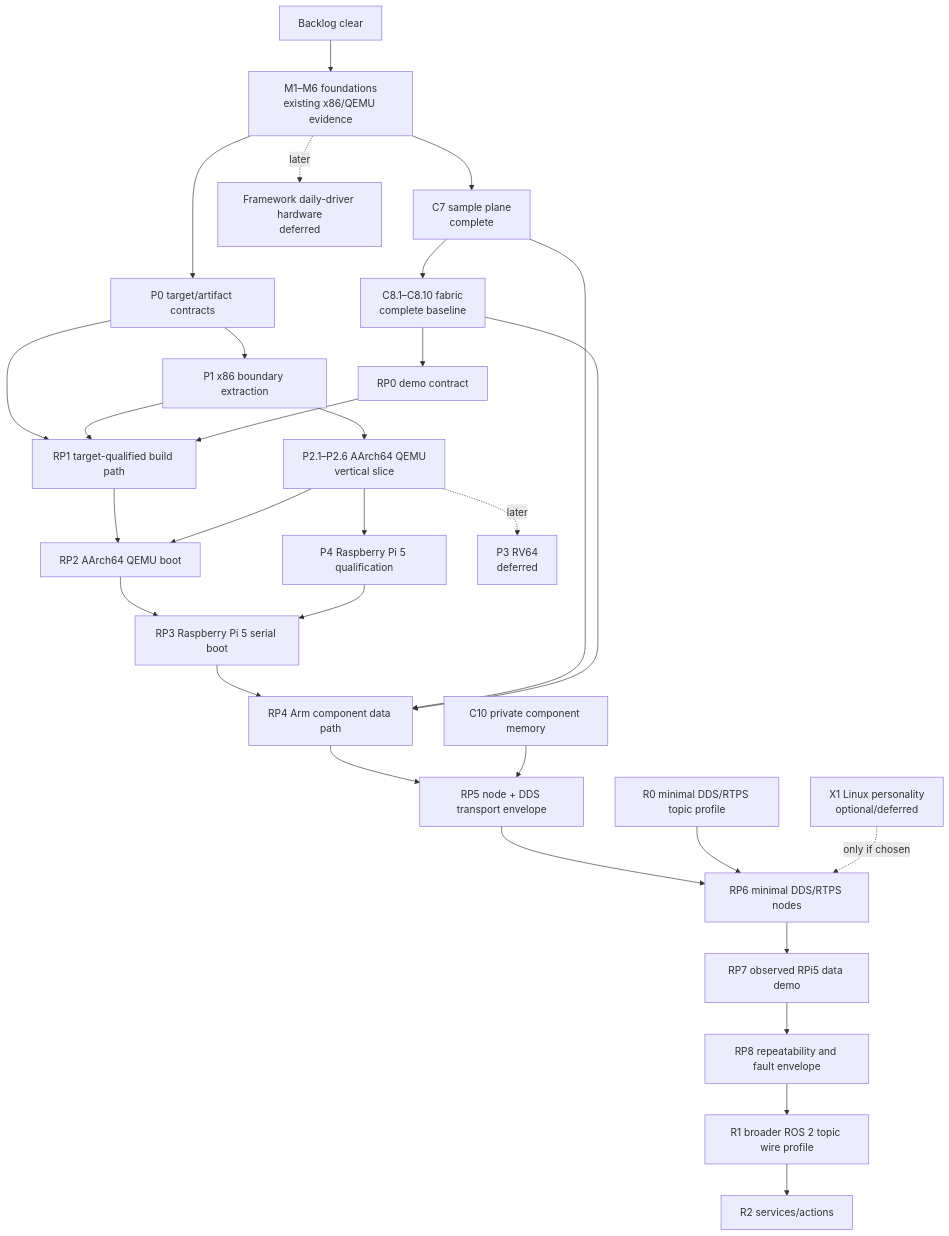
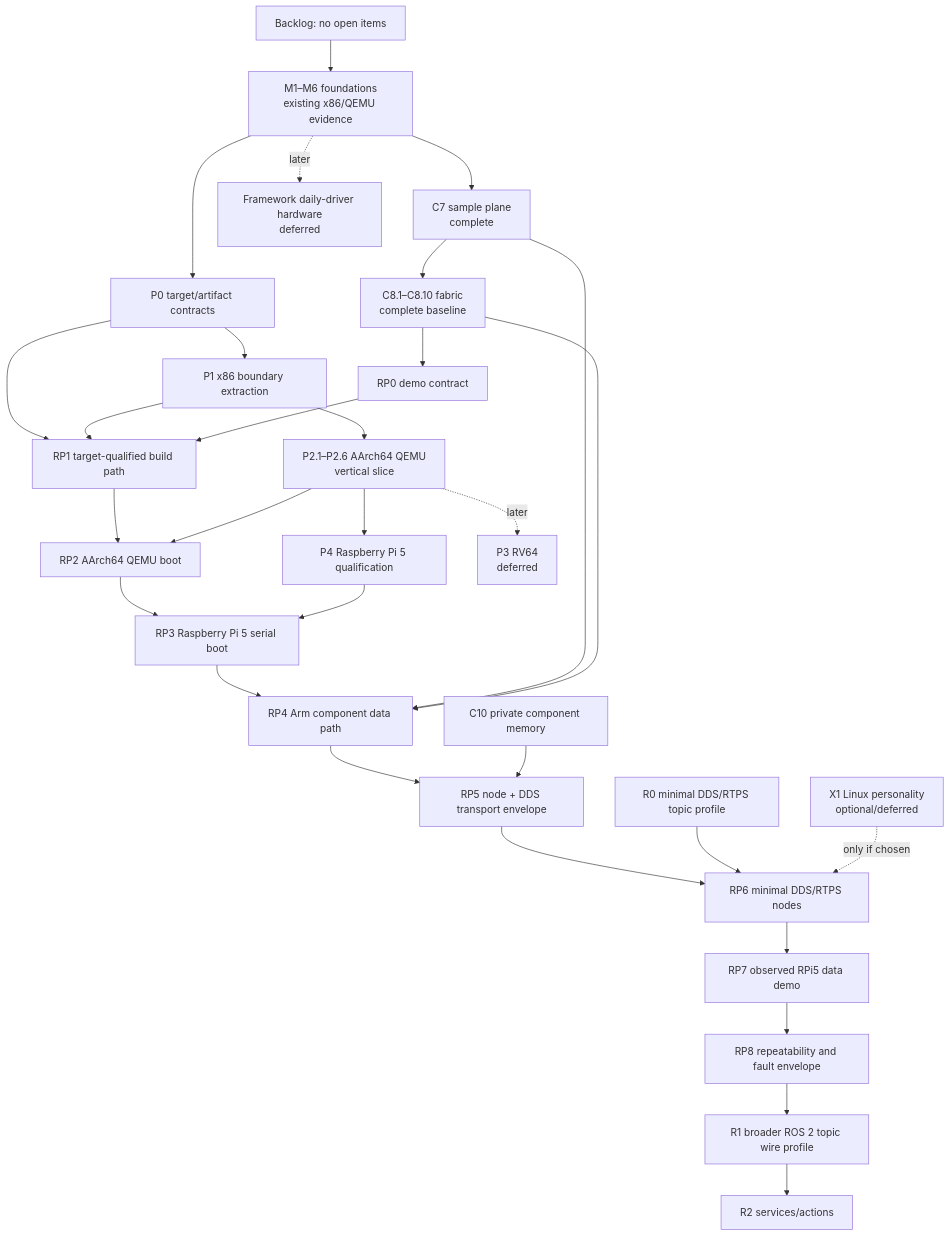
The diagram in roadmap/README.md (iceice666/slime_os), drawn with Mermaid before and after one commit. The commit also changed other lines of this file and 658 other files, not shown here.

````diff
--- a/roadmap/README.md
+++ b/roadmap/README.md
@@ -44,45 +44,45 @@
 ```mermaid
 flowchart TD
-    Backlog["Backlog clear"]
+    Backlog["Backlog: no open items"]
     Foundations["M1–M6 foundations\nexisting x86/QEMU evidence"]
     C7["C7 sample plane\ncomplete"]
     C8["C8.1–C8.10 fabric\ncomplete baseline"]
     P0["P0 target/artifact contracts"]
     P1["P1 x86 boundary extraction"]
     P2["P2.1–P2.6 AArch64 QEMU\nvertical slice"]
     P4["P4 Raspberry Pi 5 qualification"]
     C10["C10 private component memory"]
     R0["R0 minimal DDS/RTPS topic profile"]
     RP0["RP0 demo contract"]
     RP1["RP1 target-qualified build path"]
     RP2["RP2 AArch64 QEMU boot"]
     RP3["RP3 Raspberry Pi 5 serial boot"]
     RP4["RP4 Arm component data path"]
     RP5["RP5 node + DDS transport envelope"]
     RP6["RP6 minimal DDS/RTPS nodes"]
     RP7["RP7 observed RPi5 data demo"]
     RP8["RP8 repeatability and fault envelope"]
     R1["R1 broader ROS 2 topic wire profile"]
     R2["R2 services/actions"]
     Framework["Framework daily-driver hardware\ndeferred"]
     RV64["P3 RV64\ndeferred"]
     X1["X1 Linux personality\noptional/deferred"]
 
     Backlog --> Foundations
     Foundations --> C7 --> C8
     Foundations --> P0 --> P1 --> P2 --> P4
     C8 --> RP0
     P0 --> RP1
     P1 --> RP1
     RP0 --> RP1 --> RP2 --> RP3 --> RP4 --> RP5 --> RP6 --> RP7 --> RP8
     P2 --> RP2
     P4 --> RP3
     C7 --> RP4
     C8 --> RP4
     C10 --> RP5
     R0 --> RP6
     X1 -.->|only if chosen| RP6
     RP8 --> R1 --> R2
     P2 -.->|later| RV64
     Foundations -.->|later| Framework
 ```
````
